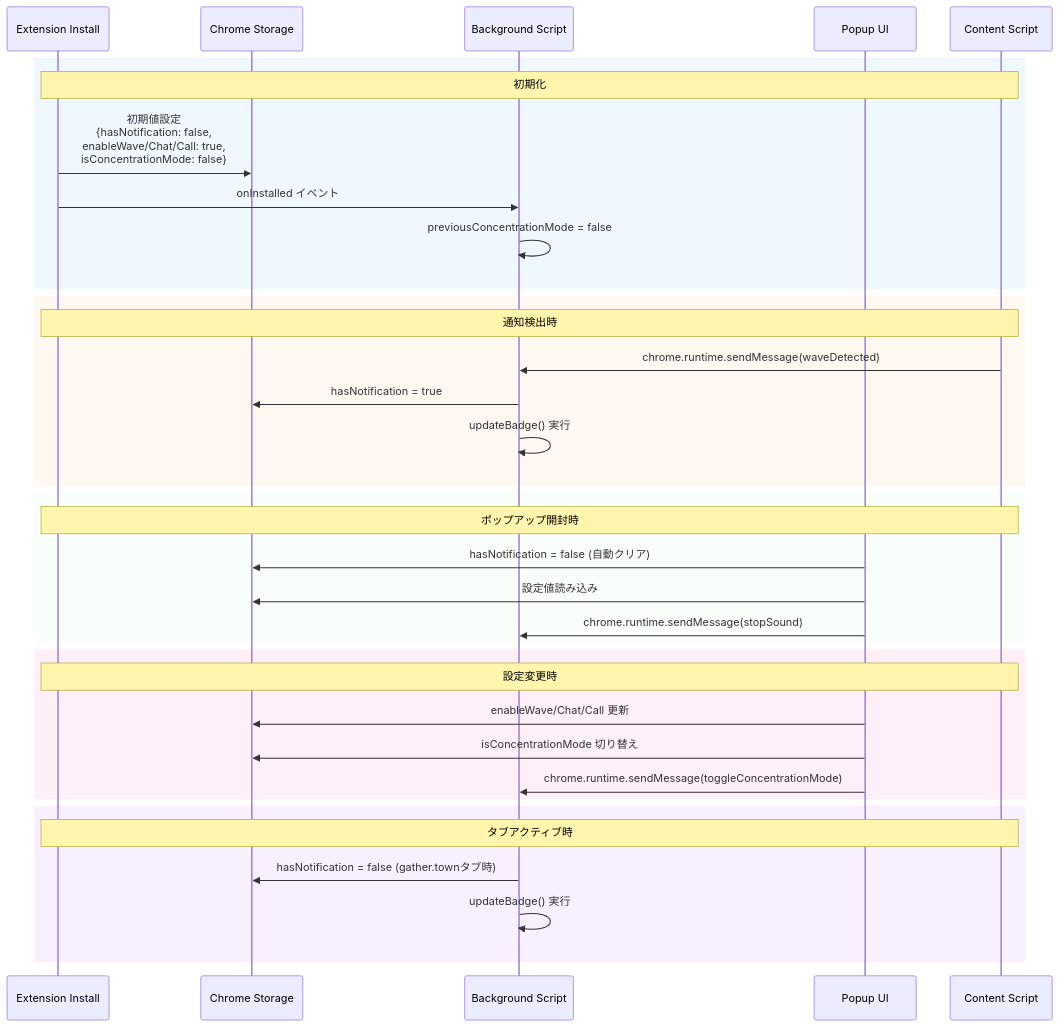
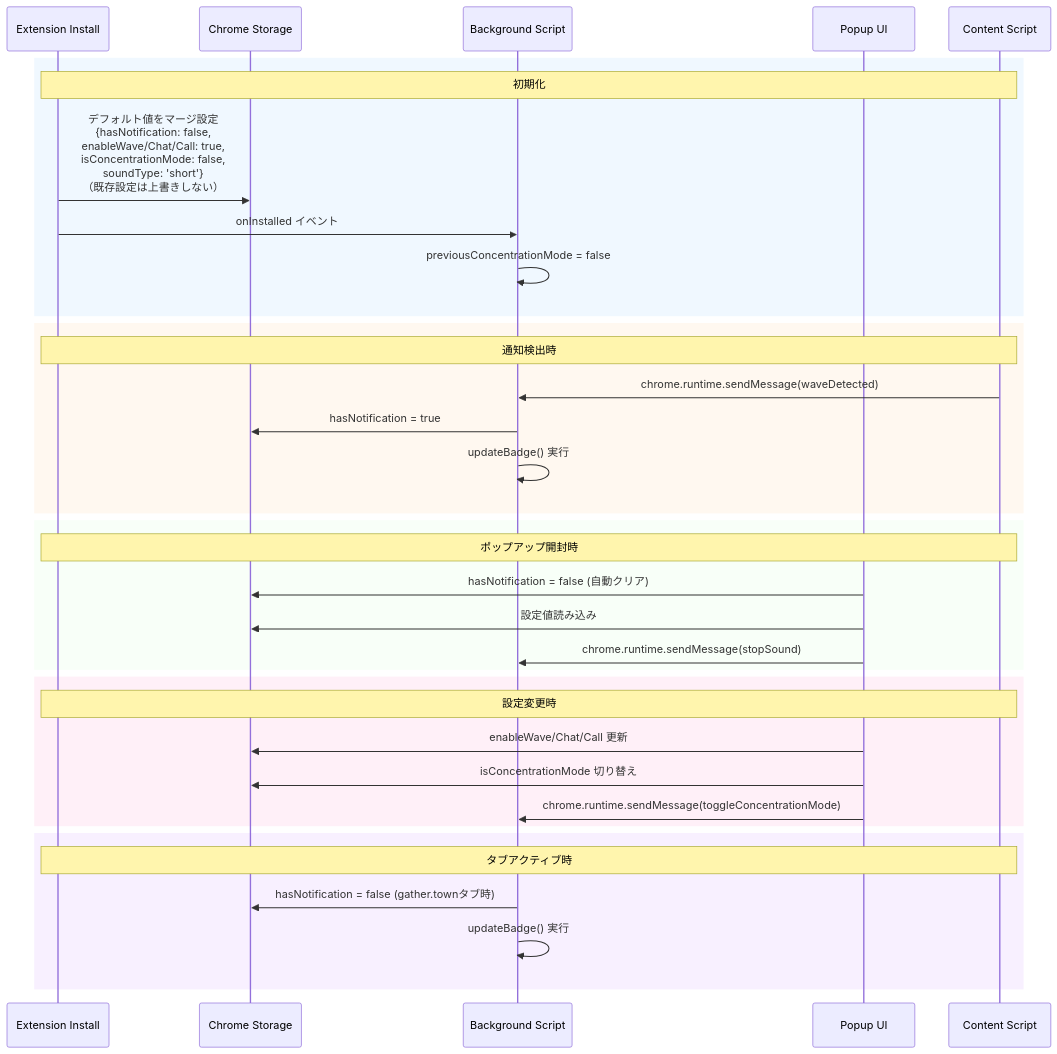
Before and after one commit to ktat/gather-notifier: the first of 2 diagrams in docs/spec/state-management.md, drawn with Mermaid. The commit also changed other lines of this file and 4 other files, not shown here.

Commit message:
Update documentation for version 2.1 sound type selection

````diff
--- a/docs/spec/state-management.md
+++ b/docs/spec/state-management.md
@@ -82,42 +85,42 @@
 ```mermaid
 sequenceDiagram
     participant install as Extension Install
     participant storage as Chrome Storage
     participant bg as Background Script
     participant popup as Popup UI
     participant content as Content Script
 
     rect rgb(240, 248, 255)
         Note over install,content: 初期化
-        install->>storage: 初期値設定<br/>{hasNotification: false,<br/> enableWave/Chat/Call: true,<br/> isConcentrationMode: false}
+        install->>storage: デフォルト値をマージ設定<br/>{hasNotification: false,<br/> enableWave/Chat/Call: true,<br/> isConcentrationMode: false,<br/> soundType: 'short'}<br/>（既存設定は上書きしない）
         install->>bg: onInstalled イベント
         bg->>bg: previousConcentrationMode = false
     end
 
     rect rgb(255, 248, 240)
         Note over install,content: 通知検出時
         content->>bg: chrome.runtime.sendMessage(waveDetected)
         bg->>storage: hasNotification = true
         bg->>bg: updateBadge() 実行
     end
 
     rect rgb(248, 255, 248)
         Note over install,content: ポップアップ開封時
         popup->>storage: hasNotification = false (自動クリア)
         popup->>storage: 設定値読み込み
         popup->>bg: chrome.runtime.sendMessage(stopSound)
     end
 
     rect rgb(255, 240, 248)
         Note over install,content: 設定変更時
         popup->>storage: enableWave/Chat/Call 更新
         popup->>storage: isConcentrationMode 切り替え
         popup->>bg: chrome.runtime.sendMessage(toggleConcentrationMode)
     end
 
     rect rgb(248, 240, 255)
         Note over install,content: タブアクティブ時
         bg->>storage: hasNotification = false (gather.townタブ時)
         bg->>bg: updateBadge() 実行
     end
 ```
````
